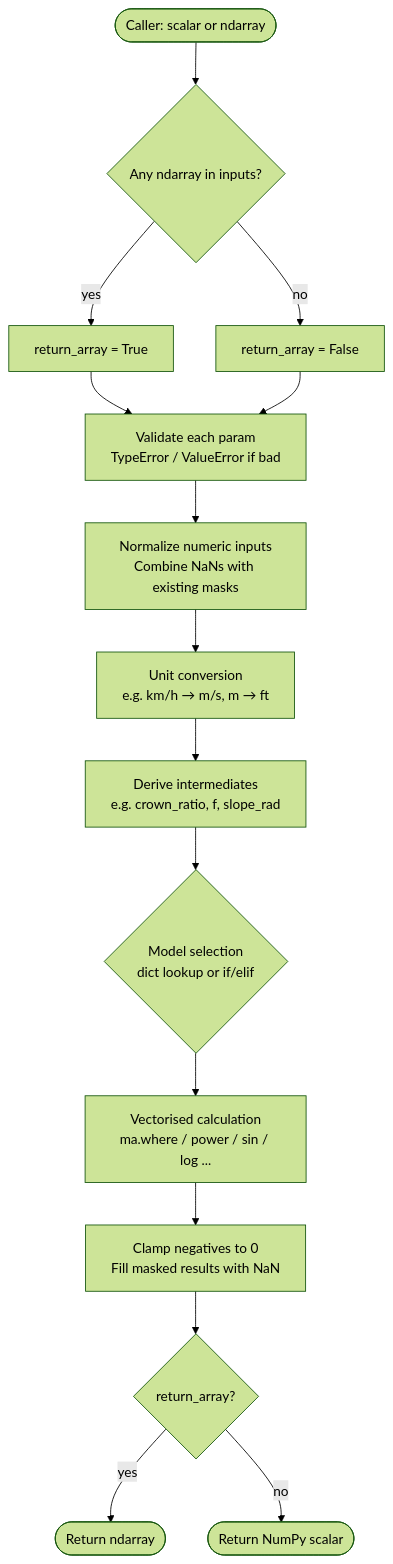
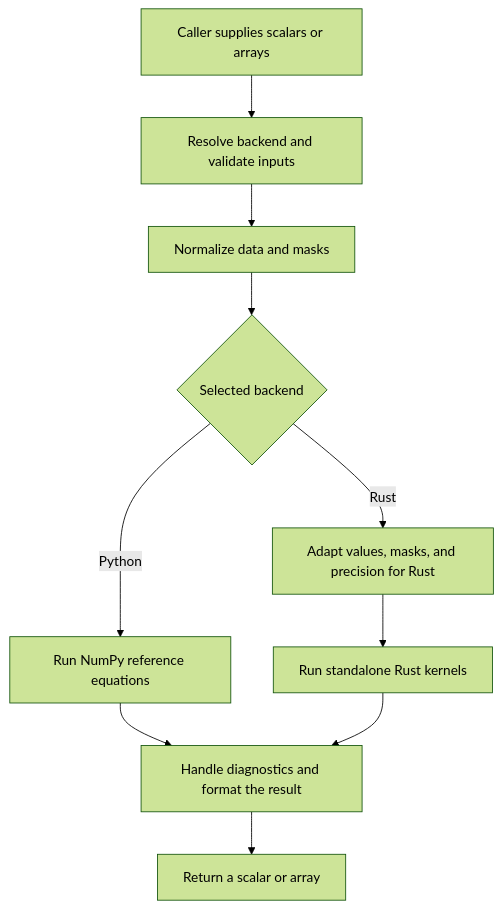
The first of 2 diagrams in docs/CODEBASE.md (gagreene/flame_components), drawn with Mermaid (forest theme) before and after one commit. The commit also changed other lines of this file and 6 other files, not shown here.

````diff
--- a/docs/CODEBASE.md
+++ b/docs/CODEBASE.md
@@ -63,16 +63,11 @@
 ```mermaid
 flowchart TD
-    A([Caller: scalar or ndarray]) --> B{Any ndarray in inputs?}
-    B -- yes --> C[return_array = True]
-    B -- no --> D[return_array = False]
-    C & D --> E[Validate each param\nTypeError / ValueError if bad]
-    E --> F[Normalize numeric inputs\nCombine NaNs with existing masks]
-    F --> G[Unit conversion\ne.g. km/h → m/s, m → ft]
-    G --> H[Derive intermediates\ne.g. crown_ratio, f, slope_rad]
-    H --> I{Model selection\ndict lookup or if/elif}
-    I --> J[Vectorised calculation\nma.where / power / sin / log ...]
-    J --> K[Clamp negatives to 0\nFill masked results with NaN]
-    K --> L{return_array?}
-    L -- yes --> M([Return ndarray])
-    L -- no --> N([Return NumPy scalar])
+    A[Caller supplies scalars or arrays] --> B[Resolve backend and validate inputs]
+    B --> C[Normalize data and masks]
+    C --> D{Selected backend}
+    D -- Python --> E[Run NumPy reference equations]
+    D -- Rust --> F[Adapt values, masks, and precision for Rust]
+    F --> G[Run standalone Rust kernels]
+    E & G --> H[Handle diagnostics and format the result]
+    H --> I[Return a scalar or array]
 ```
````
